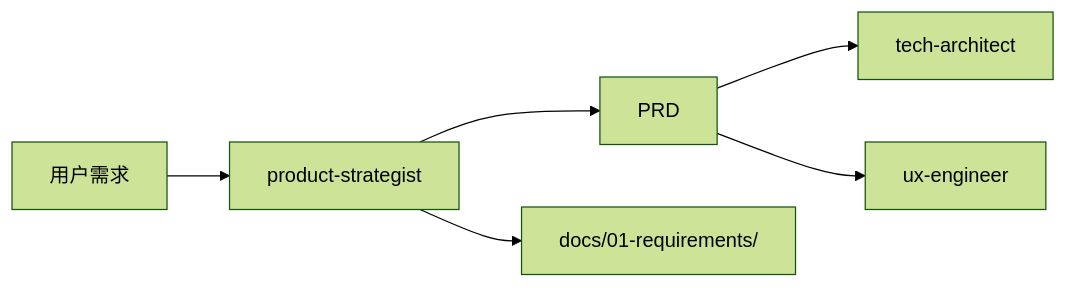
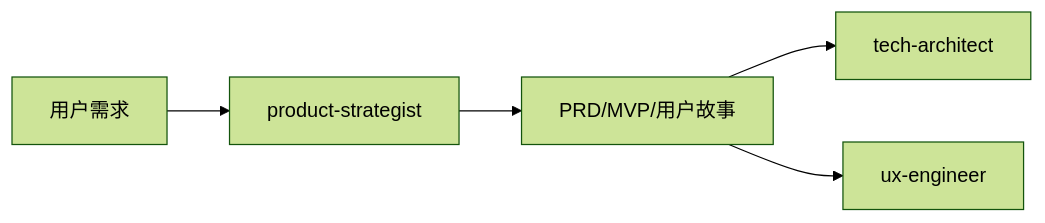
The diagram in skills/product-strategist/SKILL.md (Tooooommy/Trae-Workflow), drawn with Mermaid (forest theme) before and after one commit. The commit also changed other lines of this file, not shown here.

````diff
--- a/skills/product-strategist/SKILL.md
+++ b/skills/product-strategist/SKILL.md
@@ -69,8 +77,7 @@
 ```mermaid
 flowchart LR
     A[用户需求] --> B[product-strategist]
-    B --> C[PRD]
+    B --> C[PRD/MVP/用户故事]
     C --> D[tech-architect]
     C --> E[ux-engineer]
-    B --> F[docs/01-requirements/]
 ```
````
